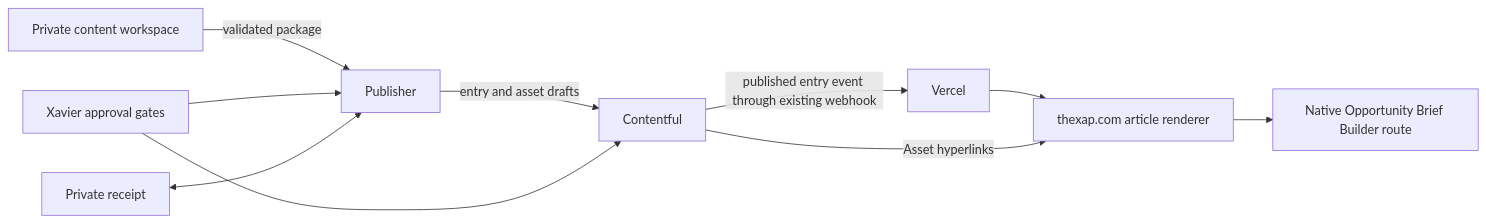
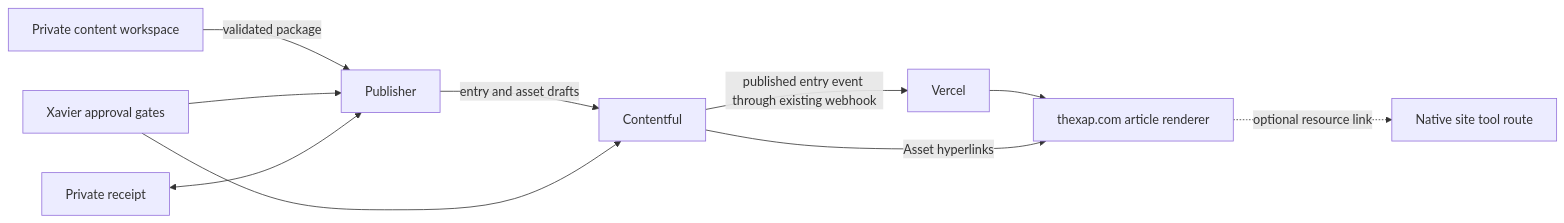
One commit to xap5xap/thexap_tech changed the first of 2 diagrams in docs/publishing/visual-tutorial-publication-contract.md. Above: the diagram before and after it, drawn with Mermaid. The commit also changed other lines of this file and 2 other files, not shown here.

````diff
--- a/docs/publishing/visual-tutorial-publication-contract.md
+++ b/docs/publishing/visual-tutorial-publication-contract.md
@@ -30,12 +32,12 @@
 ```mermaid
 flowchart LR
     A[Private content workspace] -->|validated package| P[Publisher]
     P -->|entry and asset drafts| C[Contentful]
     C -->|published entry event through existing webhook| V[Vercel]
     V --> W[thexap.com article renderer]
-    W --> T[Native Opportunity Brief Builder route]
+    W -. optional resource link .-> T[Native site tool route]
     C -->|Asset hyperlinks| W
     X[Xavier approval gates] --> P
     X --> C
     R[Private receipt] <--> P
 ```
````
